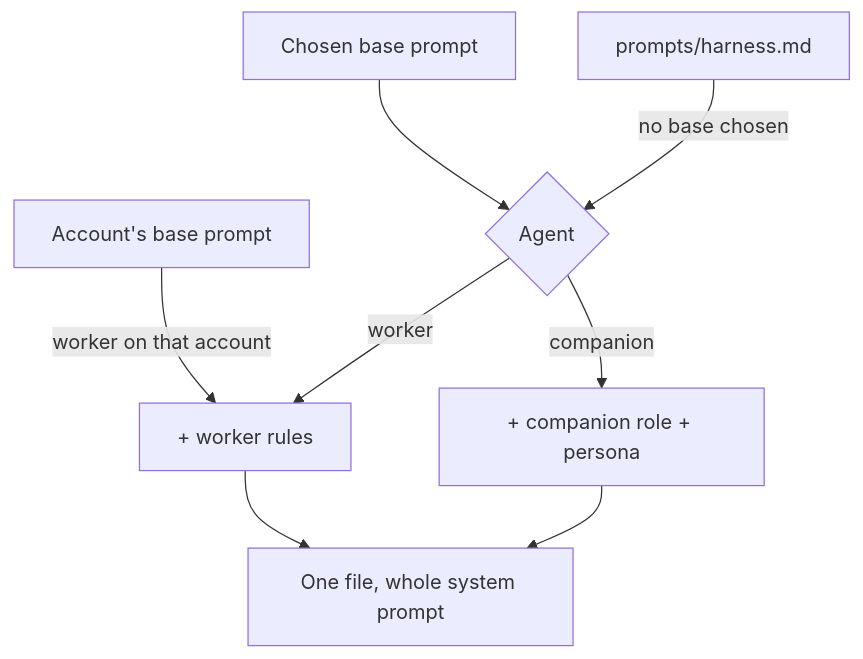
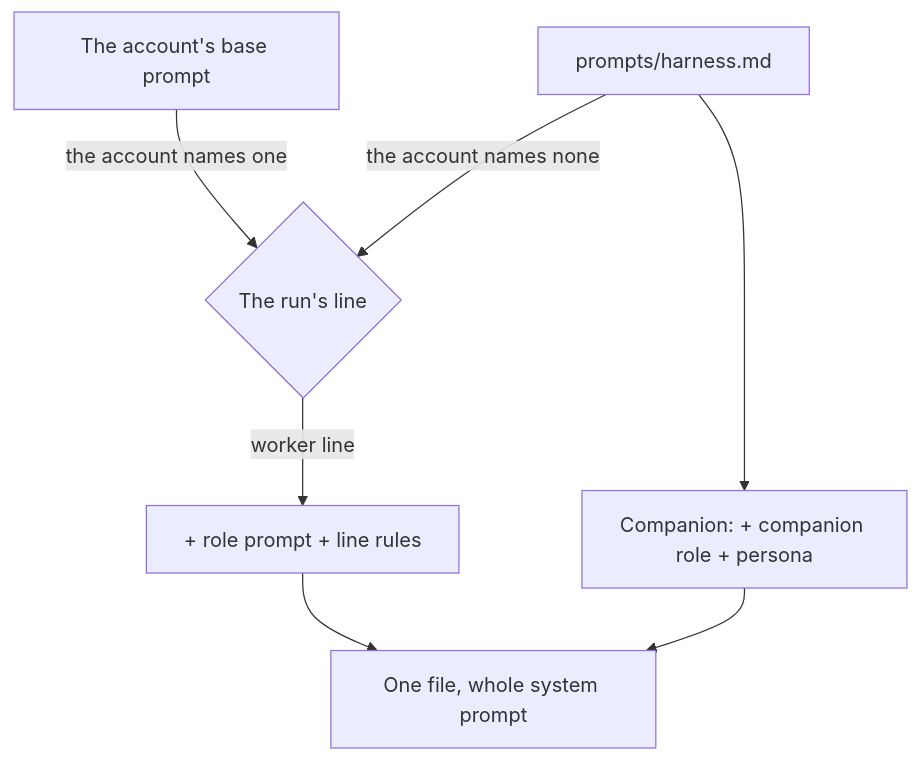
Before and after one commit to ahas/bmo-agency: the diagram in docs/base-prompts.md, drawn with Mermaid. The commit also changed other lines of this file and 37 other files, not shown here.

````diff
--- a/docs/base-prompts.md
+++ b/docs/base-prompts.md
@@ -58,10 +50,9 @@
 ```mermaid
 flowchart TD
-  F[Account's base prompt] -- worker on that account --> C
-  A[Chosen base prompt] --> B{Agent}
-  H[prompts/harness.md] -- no base chosen --> B
-  B -- worker --> C[+ worker rules]
-  B -- companion --> D[+ companion role + persona]
+  F[The account's base prompt] -- the account names one --> B{The run's line}
+  H[prompts/harness.md] -- the account names none --> B
+  H --> D[Companion: + companion role + persona]
+  B -- worker line --> C[+ role prompt + line rules]
   C --> E[One file, whole system prompt]
   D --> E
 ```
````
